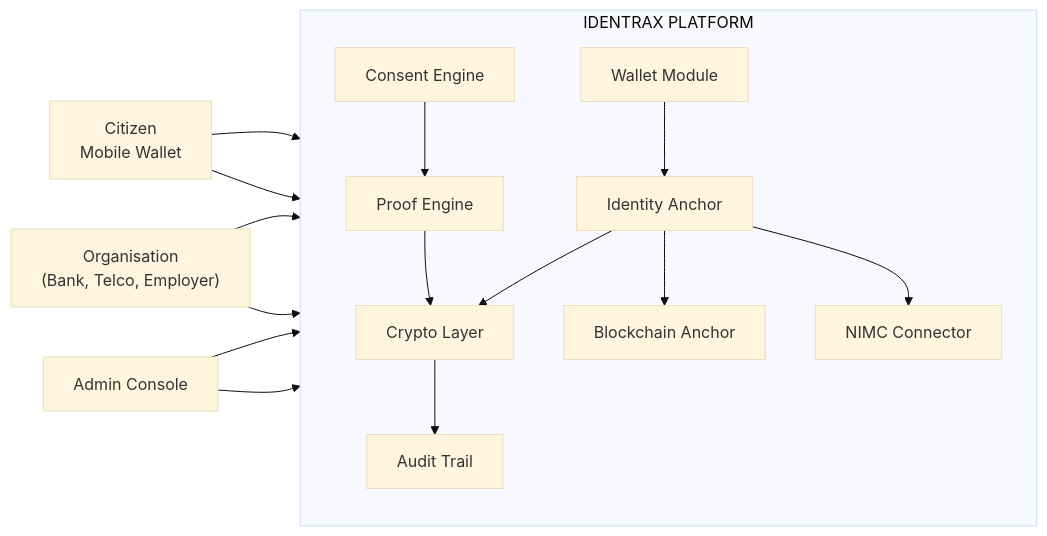
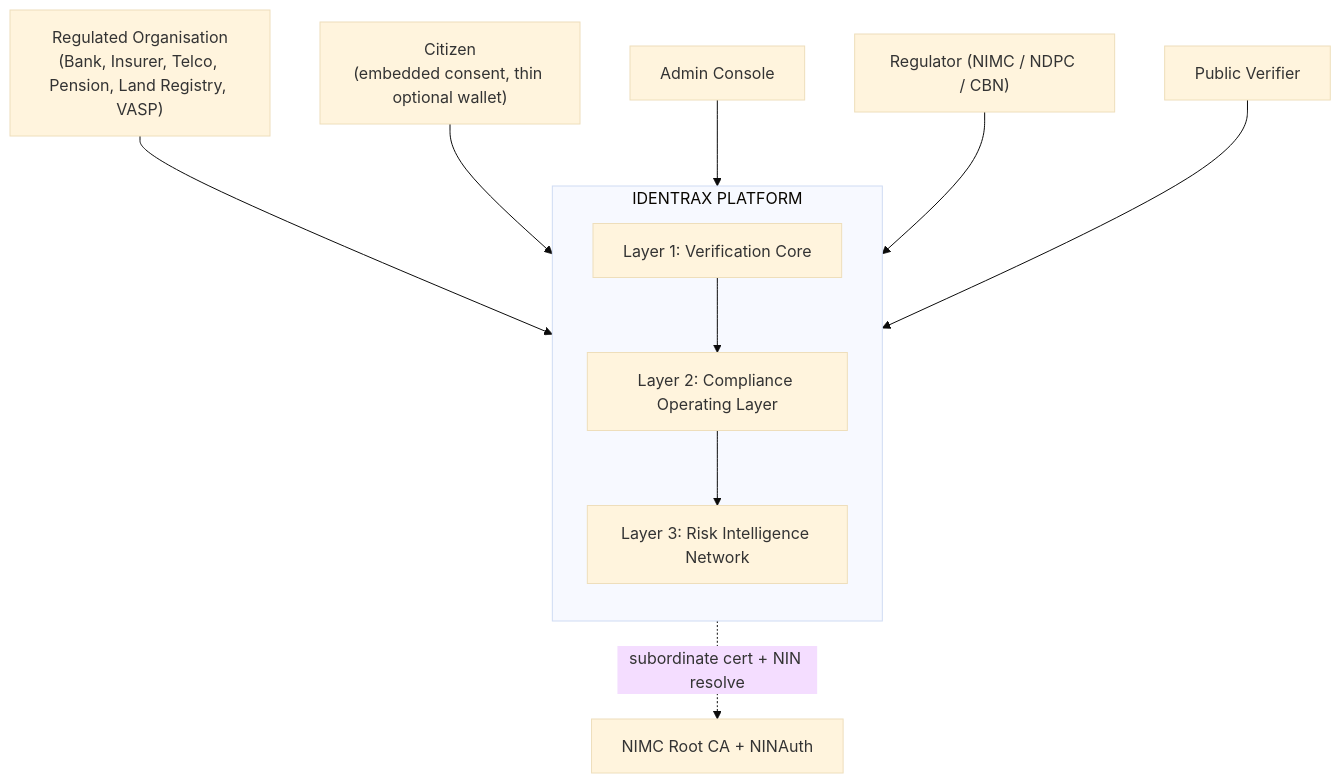
The first of 4 diagrams in README.md (doziestar/identrax-whitepaper-and-docs), drawn with Mermaid (base theme) before and after one commit. The commit also changed other lines of this file and 1 other file, not shown here.

````diff
--- a/README.md
+++ b/README.md
@@ -126,48 +127,25 @@
 ```mermaid
-flowchart LR
-    %% External Actors
-    Citizen["Citizen<br/>Mobile Wallet"]
-    Org["Organisation<br/>(Bank, Telco, Employer)"]
+flowchart TB
+    Org["Regulated Organisation<br/>(Bank, Insurer, Telco, Pension, Land Registry, VASP)"]
+    Citizen["Citizen<br/>(embedded consent, thin optional wallet)"]
     Admin["Admin Console"]
+    Reg["Regulator (NIMC / NDPC / CBN)"]
+    Verifier["Public Verifier"]
 
-    %% Identrax Platform Boundary
     subgraph IDENTRAX["IDENTRAX PLATFORM"]
         direction TB
-
-        %% Core Modules (Row 1)
-        Wallet["Wallet Module"]
-        Consent["Consent Engine"]
-
-        %% Core Modules (Row 2)
-        Identity["Identity Anchor"]
-        Proof["Proof Engine"]
-
-        %% Core Modules (Row 3)
-        Crypto["Crypto Layer"]
-        Audit["Audit Trail"]
-
-        %% Integrations (Row 4)
-        Blockchain["Blockchain Anchor"]
-        NIMC["NIMC Connector"]
+        L1["Layer 1: Verification Core"]
+        L2["Layer 2: Compliance Operating Layer"]
+        L3["Layer 3: Risk Intelligence Network"]
+        L1 --> L2 --> L3
     end
 
-    %% Connections
-    Citizen --> Wallet
-    Citizen --> Consent
+    NIMC["NIMC Root CA + NINAuth"]
 
-    Org --> Consent
-    Org --> Proof
-
-    Admin --> Audit
-    Admin --> Identity
-
-    %% Internal Relationships
-    Wallet --> Identity
-    Consent --> Proof
-    Identity --> Crypto
-    Proof --> Crypto
-    Crypto --> Audit
-    Identity --> Blockchain
-    Identity --> NIMC
-
+    Org --> L1
+    Citizen --> L1
+    Admin --> L2
+    Reg --> L2
+    Verifier --> L1
+    L1 -.->|"subordinate cert + NIN resolve"| NIMC
 ```
````
